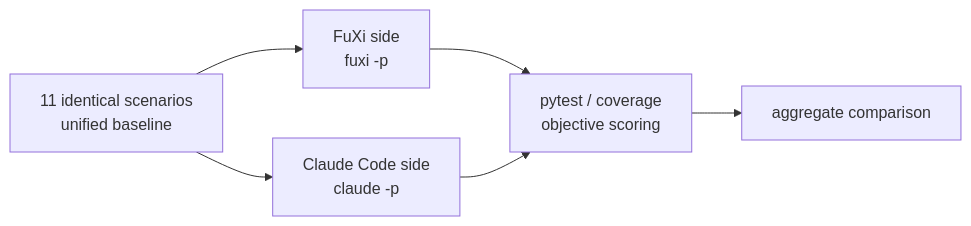
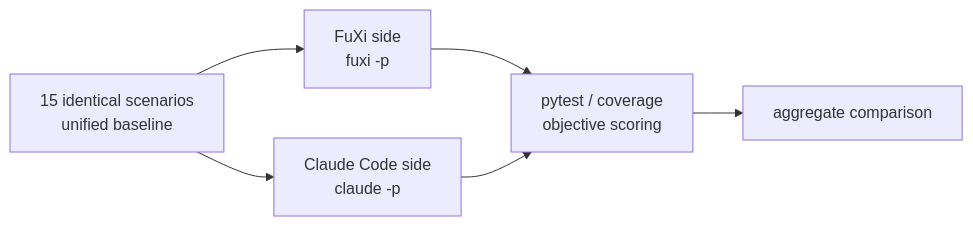
The third of 3 diagrams in benchmark/REPORT.md (fuxicodex/Fuxi), drawn with Mermaid before and after one commit. The commit also changed other lines of this file and 36 other files, not shown here.

````diff
--- a/benchmark/REPORT.md
+++ b/benchmark/REPORT.md
@@ -150,8 +164,8 @@
 ```mermaid
 flowchart LR
-    A[11 identical scenarios<br/>unified baseline] --> B[FuXi side<br/>fuxi -p]
+    A[15 identical scenarios<br/>unified baseline] --> B[FuXi side<br/>fuxi -p]
     A --> C[Claude Code side<br/>claude -p]
     B --> D[pytest / coverage<br/>objective scoring]
     C --> D
     D --> E[aggregate comparison]
 ```
````
